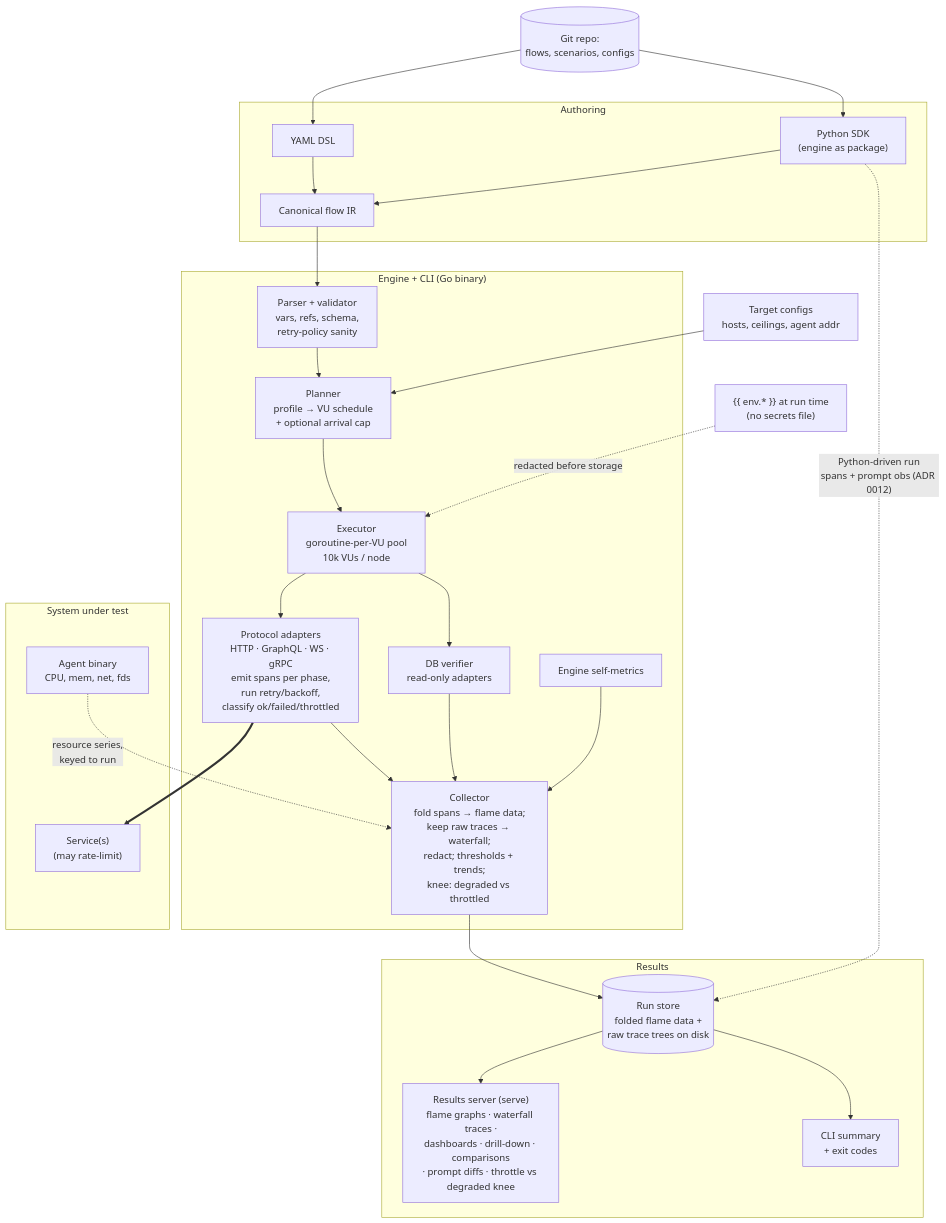
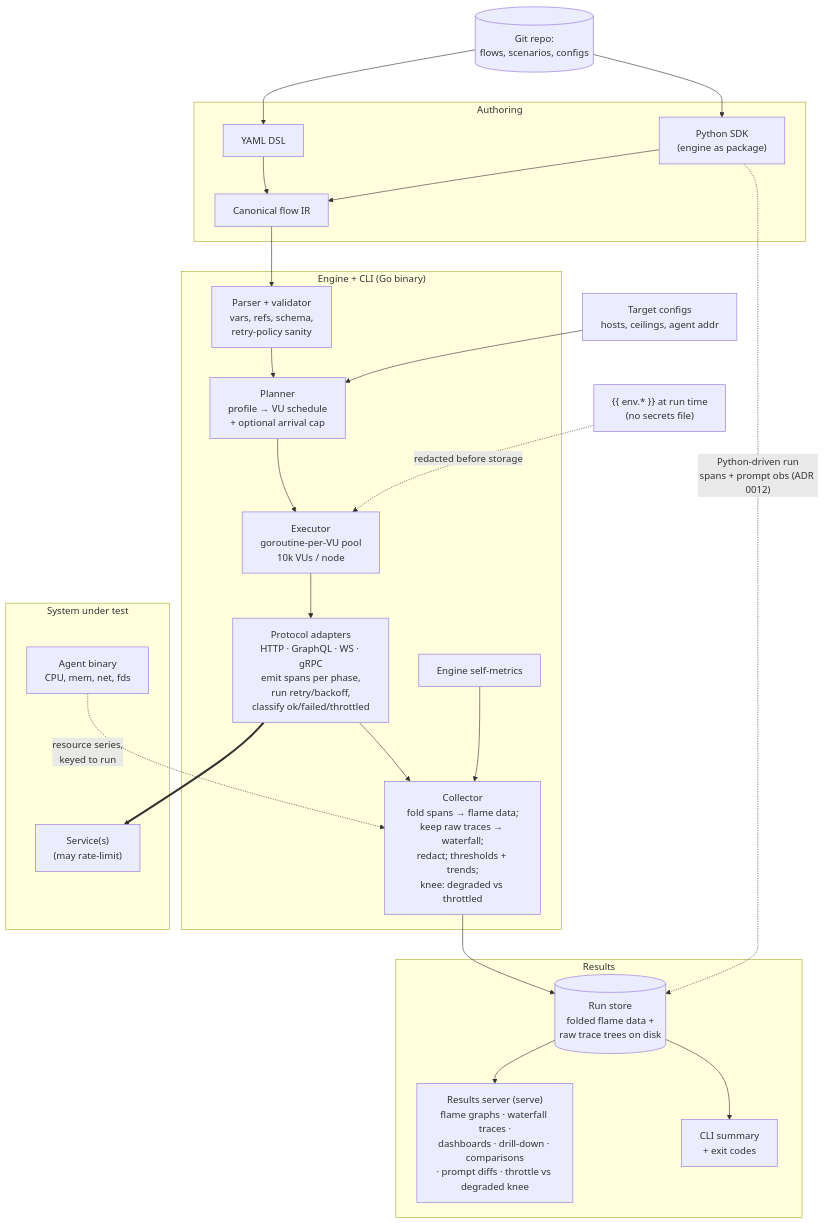
One commit to blackprince001/flowbench changed the third of 4 diagrams in docs/prd.md. Above: the diagram before and after it, drawn with Mermaid. The commit also changed other lines of this file and 7 other files, not shown here.

````diff
--- a/docs/prd.md
+++ b/docs/prd.md
@@ -497,37 +497,35 @@
 ```mermaid
 graph TD
     subgraph Authoring
         Y["YAML DSL"] --> IR["Canonical flow IR"]
         PY["Python SDK<br/>(engine as package)"] --> IR
     end
 
     subgraph Engine["Engine + CLI (Go binary)"]
         IR --> V["Parser + validator<br/>vars, refs, schema,<br/>retry-policy sanity"]
         V --> PL["Planner<br/>profile → VU schedule<br/>+ optional arrival cap"]
         PL --> EX["Executor<br/>goroutine-per-VU pool<br/>10k VUs / node"]
         EX --> AD["Protocol adapters<br/>HTTP · GraphQL · WS · gRPC<br/>emit spans per phase,<br/>run retry/backoff,<br/>classify ok/failed/throttled"]
-        EX --> VF["DB verifier<br/>read-only adapters"]
         AD --> COL["Collector<br/>fold spans → flame data;<br/>keep raw traces → waterfall;<br/>redact; thresholds + trends;<br/>knee: degraded vs throttled"]
-        VF --> COL
         SELF["Engine self-metrics"] --> COL
     end
 
     subgraph Target["System under test"]
         SUT["Service(s)<br/>(may rate-limit)"]
         AG["Agent binary<br/>CPU, mem, net, fds"]
     end
     AD ==> SUT
     AG -. "resource series,<br/>keyed to run" .-> COL
 
     subgraph Results
         COL --> ST[("Run store<br/>folded flame data +<br/>raw trace trees on disk")]
         ST --> RS["Results server (serve)<br/>flame graphs · waterfall traces ·<br/>dashboards · drill-down · comparisons<br/>· prompt diffs · throttle vs degraded knee"]
         ST --> CLI["CLI summary<br/>+ exit codes"]
     end
 
     PY -. "Python-driven run<br/>spans + prompt obs (ADR 0012)" .-> ST
     ENV["{{ env.* }} at run time<br/>(no secrets file)"] -. redacted before storage .-> EX
     TC["Target configs<br/>hosts, ceilings, agent addr"] --> PL
     GIT[("Git repo:<br/>flows, scenarios, configs")] --> Y
     GIT --> PY
 ```
````
